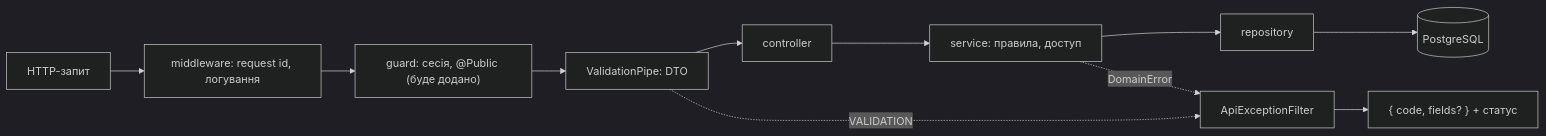
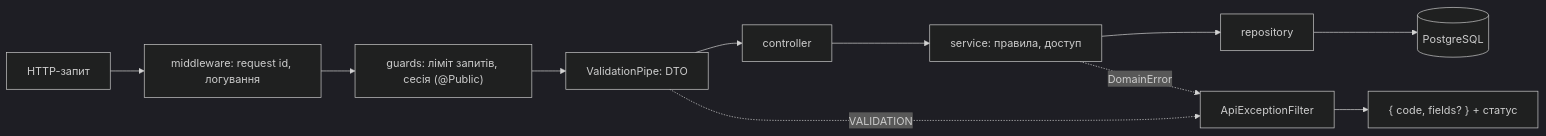
The fourth of 4 diagrams in docs/architecture.md (mzabrodin/Errandly), drawn with Mermaid (dark theme) before and after one commit. The commit also changed other lines of this file and 4 other files, not shown here.

````diff
--- a/docs/architecture.md
+++ b/docs/architecture.md
@@ -182,13 +183,13 @@
 ```mermaid
 flowchart LR
   R[HTTP-запит] --> M[middleware: request id, логування]
-  M --> Gd["guard: сесія, @Public (буде додано)"]
+  M --> Gd["guards: ліміт запитів, сесія (@Public)"]
   Gd --> P[ValidationPipe: DTO]
   P --> C[controller]
   C --> S[service: правила, доступ]
   S --> Rp[repository]
   Rp --> DB[(PostgreSQL)]
   S -. DomainError .-> F[ApiExceptionFilter]
   P -. VALIDATION .-> F
   F --> E["{ code, fields? } + статус"]
 ```
````
